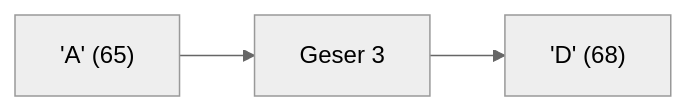
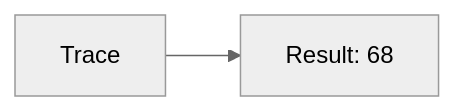
Diagram 11 of 25 in part-c-pemahaman-cpp/01-tipe-data/latihan/set-06.md (amnahwaida/OSNK_INF_PREP), drawn with Mermaid (neutral theme) before and after one commit. The commit also changed other lines of this file and 71 other files, not shown here.

````diff
--- a/part-c-pemahaman-cpp/01-tipe-data/latihan/set-06.md
+++ b/part-c-pemahaman-cpp/01-tipe-data/latihan/set-06.md
@@ -50,5 +232,4 @@
 ```mermaid
 graph LR
-A["'A' (65)"] --> B["Geser 3"]
-B --> C["'D' (68)"]
+A[Trace] --> B[Result: 68]
 ```
````
